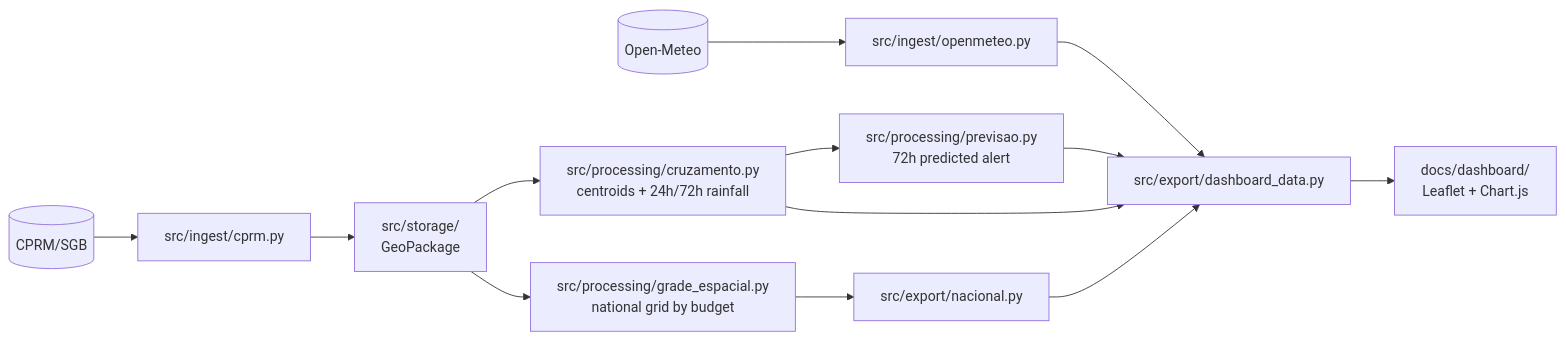
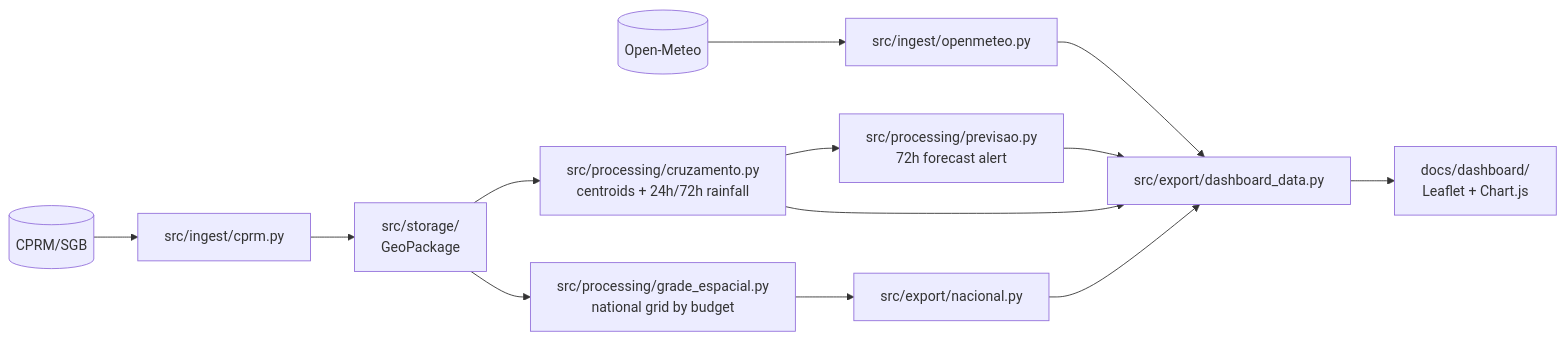
One commit to hcristosm/ORCA changed the first of 2 diagrams in README.en.md. Above: the diagram before and after it, drawn with Mermaid. The commit also changed other lines of this file and 2 other files, not shown here.

````diff
--- a/README.en.md
+++ b/README.en.md
@@ -235,15 +170,15 @@
 ```mermaid
 flowchart LR
     CPRM[("CPRM/SGB")] --> ING1["src/ingest/cprm.py"]
     OM[("Open-Meteo")] --> ING4["src/ingest/openmeteo.py"]
     ING1 --> STORE["src/storage/<br/>GeoPackage"]
     STORE --> PROC["src/processing/cruzamento.py<br/>centroids + 24h/72h rainfall"]
     STORE --> GRADE["src/processing/grade_espacial.py<br/>national grid by budget"]
     GRADE --> NAC["src/export/nacional.py"]
-    PROC --> PREV["src/processing/previsao.py<br/>72h predicted alert"]
+    PROC --> PREV["src/processing/previsao.py<br/>72h forecast alert"]
     PROC --> EXPORT["src/export/dashboard_data.py"]
     NAC --> EXPORT
     PREV --> EXPORT
     ING4 --> EXPORT
     EXPORT --> DASH["docs/dashboard/<br/>Leaflet + Chart.js"]
 ```
````
